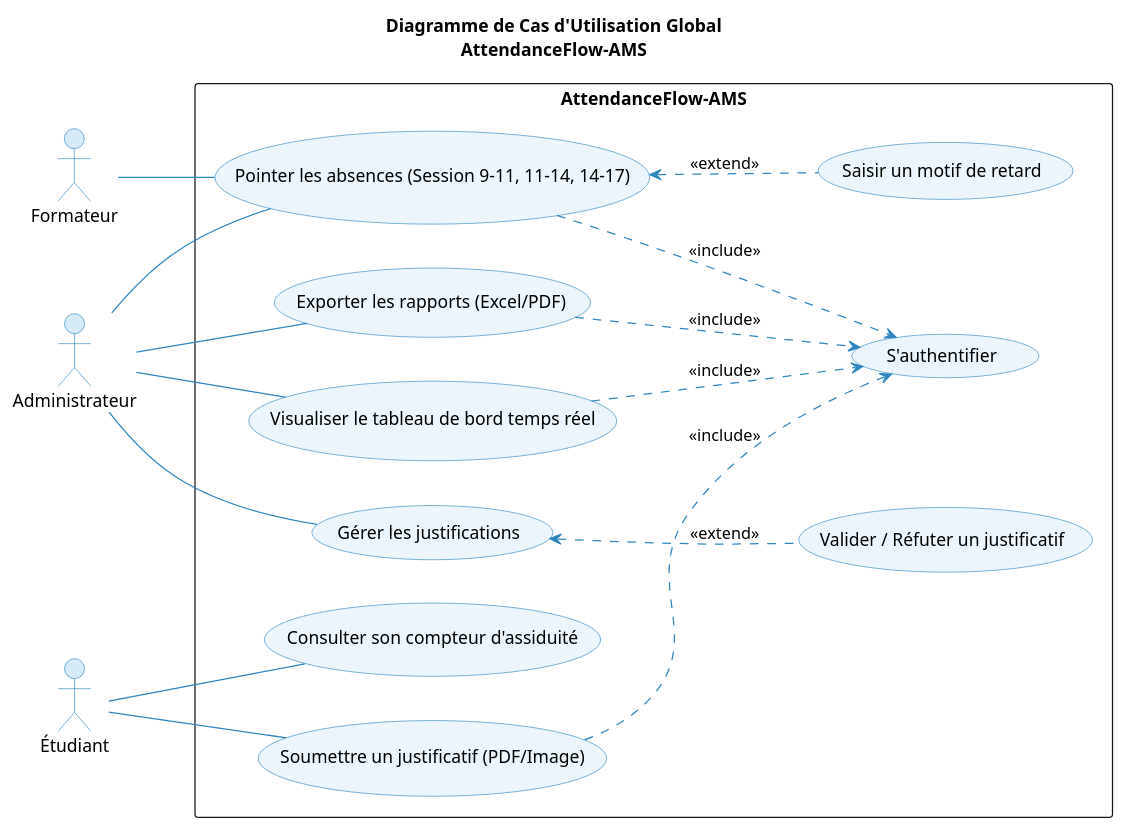
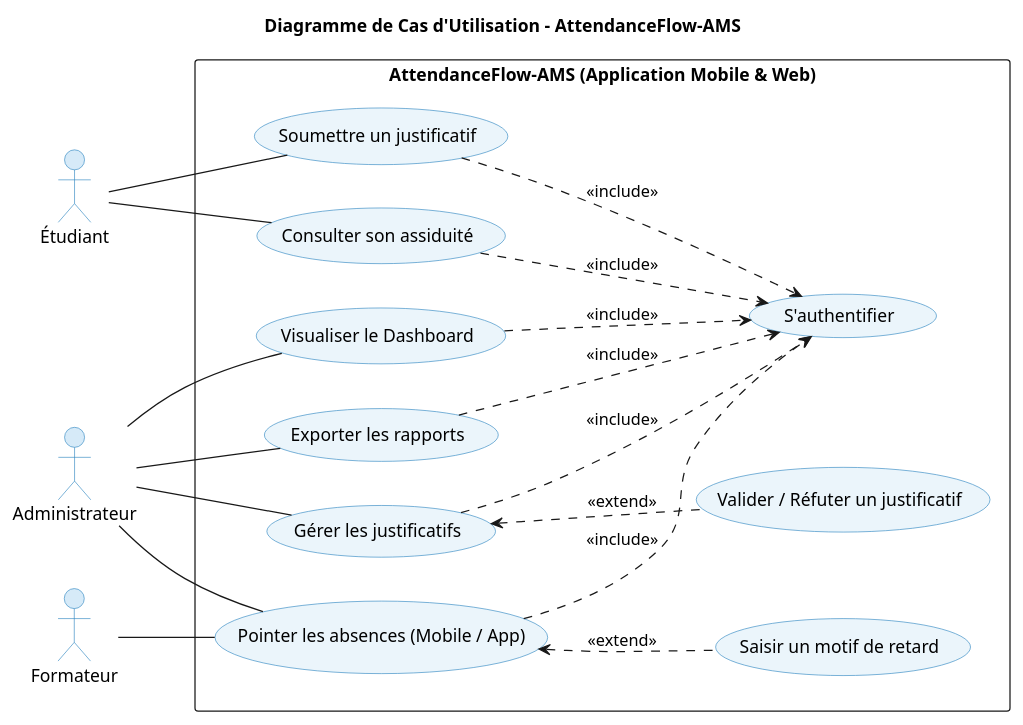
The diagram in Analyse/cas_utilisation/use_case.puml (abdelhaymallouli/AttendanceFlow-AMS), drawn with PlantUML before and after one commit. The commit also changed 7 other files, not shown here.

```diff
--- a/Analyse/cas_utilisation/use_case.puml
+++ b/Analyse/cas_utilisation/use_case.puml
@@ -1,49 +1,57 @@
-@startuml use_case_global
-title Diagramme de Cas d'Utilisation Global\nAttendanceFlow-AMS
+@startuml use_case_simple_mobile
+title Diagramme de Cas d'Utilisation - AttendanceFlow-AMS
 
 left to right direction
 
 skinparam usecase {
   BackgroundColor #EBF5FB
   BorderColor #2E86C1
-  ArrowColor #2E86C1
 }
 skinparam actor {
   BorderColor #2E86C1
   BackgroundColor #D6EAF8
 }
 
 actor "Administrateur" as Admin
 actor "Formateur" as Trainer
 actor "Étudiant" as Student
 
-rectangle "AttendanceFlow-AMS" {
+rectangle "AttendanceFlow-AMS (Application Mobile & Web)" {
+  
   usecase "S'authentifier" as UC01
-  usecase "Pointer les absences (Session 9-11, 11-14, 14-17)" as UC02
-  usecase "Saisir un motif de retard" as UC02a
-  usecase "Visualiser le tableau de bord temps réel" as UC03
-  usecase "Soumettre un justificatif (PDF/Image)" as UC04
-  usecase "Gérer les justifications" as UC05
+
+  ' On regroupe tout dans l'interface accessible partout
+    usecase "Pointer les absences (Mobile / App)" as UC02
+    usecase "Saisir un motif de retard" as UC02a
+    usecase "Soumettre un justificatif" as UC04
+    usecase "Gérer les justificatifs" as UC05
+    usecase "Consulter son assiduité" as UC06
+    usecase "Visualiser le Dashboard" as UC03
+    usecase "Exporter les rapports" as UC07
+
+
   usecase "Valider / Réfuter un justificatif" as UC05a
-  usecase "Consulter son compteur d'assiduité" as UC06
-  usecase "Exporter les rapports (Excel/PDF)" as UC07
 
+  ' Relations
   UC02 <.. UC02a : <<extend>>
   UC05 <.. UC05a : <<extend>>
   
   UC02 ..> UC01 : <<include>>
   UC03 ..> UC01 : <<include>>
   UC04 ..> UC01 : <<include>>
+  UC05 ..> UC01 : <<include>>
+  UC06 ..> UC01 : <<include>>
   UC07 ..> UC01 : <<include>>
 }
 
+' Liens Acteurs
 Trainer -- UC02
+Student -- UC04
+Student -- UC06
+
 Admin -- UC02
 Admin -- UC03
 Admin -- UC05
 Admin -- UC07
 
-Student -- UC04
-Student -- UC06
-
 @enduml
```
